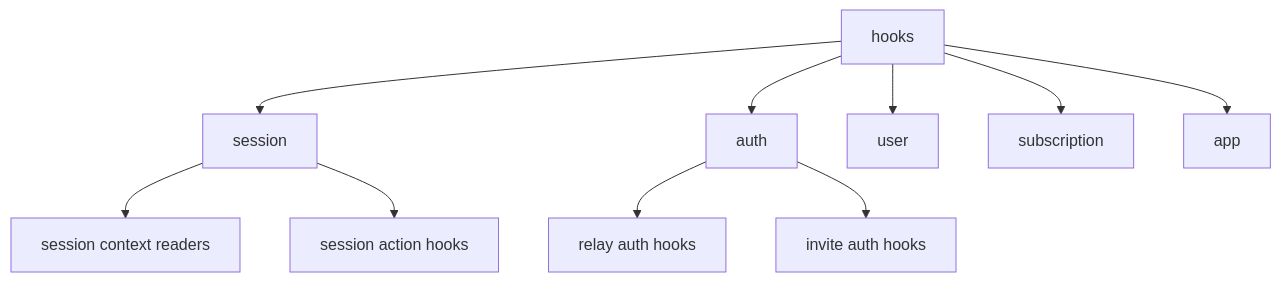
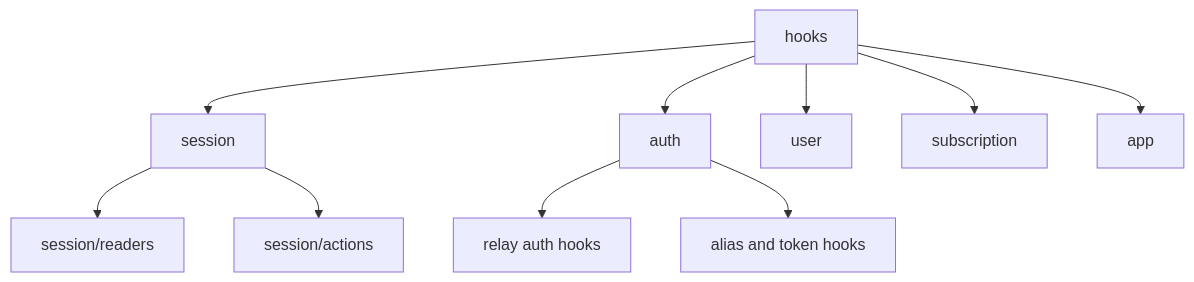
The diagram in libs/web-core/docs/hooks/README.md (lemoncloud-io/dou-app), drawn with Mermaid before and after one commit. The commit also changed other lines of this file and 4 other files, not shown here.

First line of the commit message:
docs: update documentation for session and hooks

````diff
--- a/libs/web-core/docs/hooks/README.md
+++ b/libs/web-core/docs/hooks/README.md
@@ -203,12 +226,12 @@
 ```mermaid
 flowchart TD
   H["hooks"] --> S["session"]
   H --> A["auth"]
   H --> U["user"]
   H --> SUB["subscription"]
   H --> APP["app"]
-  S --> S1["session context readers"]
-  S --> S2["session action hooks"]
+  S --> S1["session/readers"]
+  S --> S2["session/actions"]
   A --> A1["relay auth hooks"]
-  A --> A2["invite auth hooks"]
+  A --> A2["alias and token hooks"]
 ```
````
